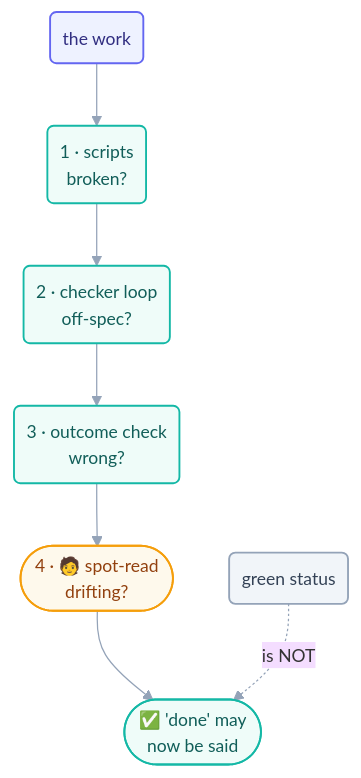
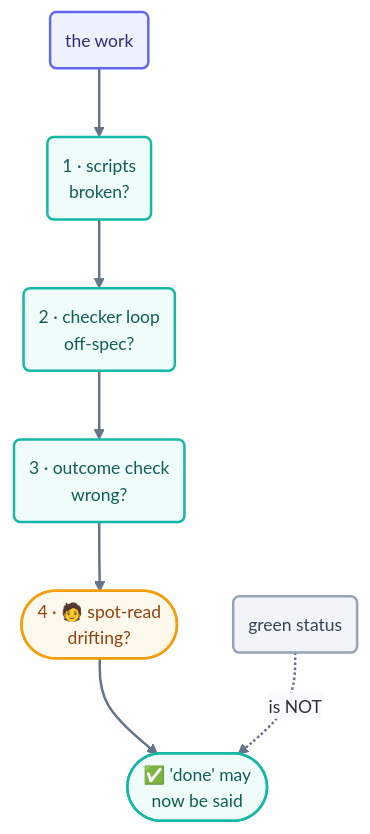
The diagram in docs/08-part-6-human-control/verification.md (ayeshakhalid192007-dev/LoopEngineering-CrashCourse), drawn with Mermaid before and after one commit. The commit also changed 66 other files, not shown here.

First line of the commit message:
docs(diagrams): bolden and unify all 70 mermaid diagrams

````diff
--- a/docs/08-part-6-human-control/verification.md
+++ b/docs/08-part-6-human-control/verification.md
@@ -38,15 +38,16 @@
 ```mermaid
-%%{init: {'theme':'base','themeVariables':{'fontFamily':'ui-sans-serif, system-ui, sans-serif','fontSize':'14px','lineColor':'#94a3b8'},'flowchart':{'curve':'basis','nodeSpacing':45,'rankSpacing':50,'padding':10}}}%%
+%%{init: {'theme':'base','themeVariables':{'fontFamily':'ui-sans-serif, system-ui, sans-serif','fontSize':'14px','lineColor':'#64748b','edgeLabelBackground':'#f8fafc'},'flowchart':{'curve':'basis','nodeSpacing':45,'rankSpacing':55,'padding':12}}}%%
 flowchart TD
     W("the work"):::beat --> L1c("1 · scripts<br/>broken?"):::check
     L1c --> L2c("2 · checker loop<br/>off-spec?"):::check
     L2c --> L3c("3 · outcome check<br/>wrong?"):::check
     L3c --> L4c(["4 · 🧑 spot-read<br/>drifting?"]):::human
     L4c --> D(["✅ 'done' may<br/>now be said"]):::win
     G("green status"):::stop -. "is NOT" .-> D
-    classDef beat fill:#eef2ff,stroke:#6366f1,stroke-width:1.5px,color:#312e81;
-    classDef check fill:#effcf9,stroke:#14b8a6,stroke-width:1.5px,color:#115e59;
-    classDef human fill:#fef9ec,stroke:#f59e0b,stroke-width:1.5px,color:#92400e;
-    classDef win fill:#effcf9,stroke:#14b8a6,stroke-width:1.5px,color:#115e59;
-    classDef stop fill:#f1f5f9,stroke:#94a3b8,stroke-width:1.5px,color:#334155;
+    linkStyle default stroke:#64748b,stroke-width:2px;
+    classDef beat fill:#eef2ff,stroke:#6366f1,stroke-width:2px,color:#312e81;
+    classDef check fill:#effcf9,stroke:#14b8a6,stroke-width:2px,color:#115e59;
+    classDef human fill:#fef9ec,stroke:#f59e0b,stroke-width:2px,color:#92400e;
+    classDef win fill:#effcf9,stroke:#14b8a6,stroke-width:2px,color:#115e59;
+    classDef stop fill:#f1f5f9,stroke:#94a3b8,stroke-width:2px,color:#334155;
 ```
````
